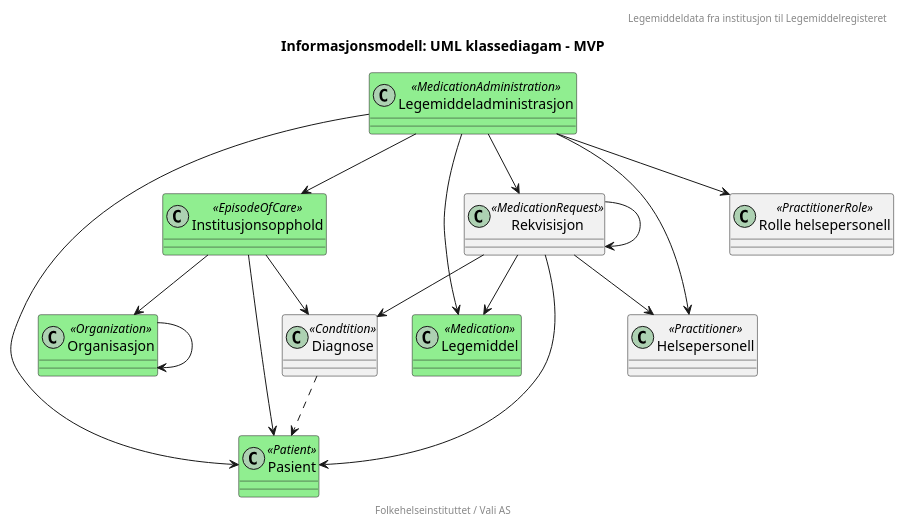
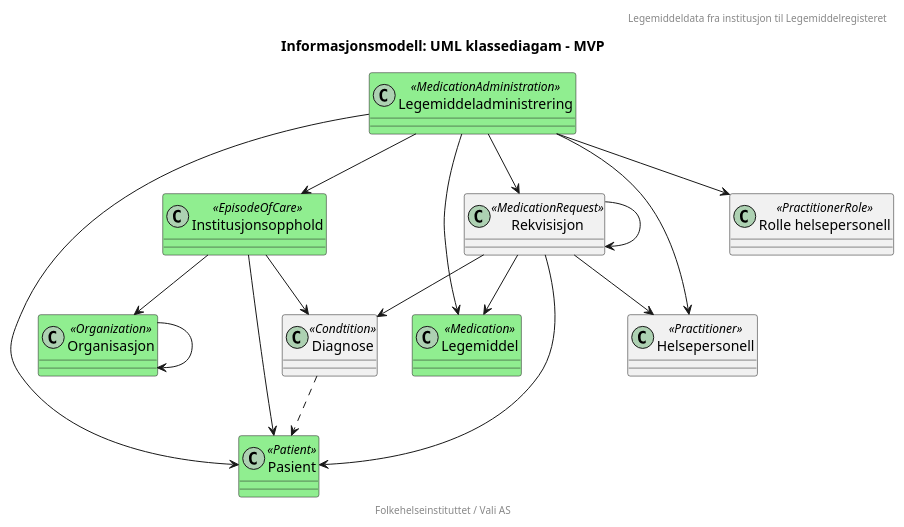
One commit to HL7Norway/LMDI changed the diagram in LMDI/input/images/informasjonsmodell-enkel.plantuml. Above: the diagram before and after it, drawn with PlantUML. The commit also changed 8 other files, not shown here.

Commit message:
Legemiddeladministrasjon => Legemiddeladministrering

```diff
--- a/LMDI/input/images/informasjonsmodell-enkel.plantuml
+++ b/LMDI/input/images/informasjonsmodell-enkel.plantuml
@@ -1,56 +1,56 @@
 @startuml
 
 header "Legemiddeldata fra institusjon til Legemiddelregisteret"
 title "Informasjonsmodell: UML klassediagam - MVP"
 footer "Folkehelseinstituttet / Vali AS"
 
 class Pasient <<Patient>> #lightgreen {
 }
 
-class Legemiddeladministrasjon <<MedicationAdministration>> #lightgreen {
+class Legemiddeladministrering <<MedicationAdministration>> #lightgreen {
 }
 
-Legemiddeladministrasjon --> Legemiddel 
-Legemiddeladministrasjon --> Pasient
-Legemiddeladministrasjon --> Helsepersonell
-Legemiddeladministrasjon --> "Rolle helsepersonell"
-Legemiddeladministrasjon --> Rekvisisjon
-Legemiddeladministrasjon --> Institusjonsopphold
+Legemiddeladministrering --> Legemiddel 
+Legemiddeladministrering --> Pasient
+Legemiddeladministrering --> Helsepersonell
+Legemiddeladministrering --> "Rolle helsepersonell"
+Legemiddeladministrering --> Rekvisisjon
+Legemiddeladministrering --> Institusjonsopphold
 
 class Legemiddel <<Medication>> #lightgreen {
 }
 
 class Helsepersonell <<Practitioner>> {
 }
 class Organisasjon <<Organization>> #lightgreen {
 }
 
 Organisasjon --> Organisasjon
 
 class Institusjonsopphold <<EpisodeOfCare>> #lightgreen {
 }
 
 Institusjonsopphold --> Pasient
 Institusjonsopphold --> Organisasjon
 Institusjonsopphold --> Diagnose
 
 class Diagnose <<Condtition>> {
 }
 
 Diagnose ..> Pasient
 
 class Rekvisisjon <<MedicationRequest>> {
 }
 
 Rekvisisjon --> Diagnose
 Rekvisisjon --> Legemiddel
 Rekvisisjon --> Pasient
 Rekvisisjon --> Helsepersonell
 Rekvisisjon --> Rekvisisjon
 
 class "Rolle helsepersonell" <<PractitionerRole>> {
 }
 
 
 
 @enduml
```
